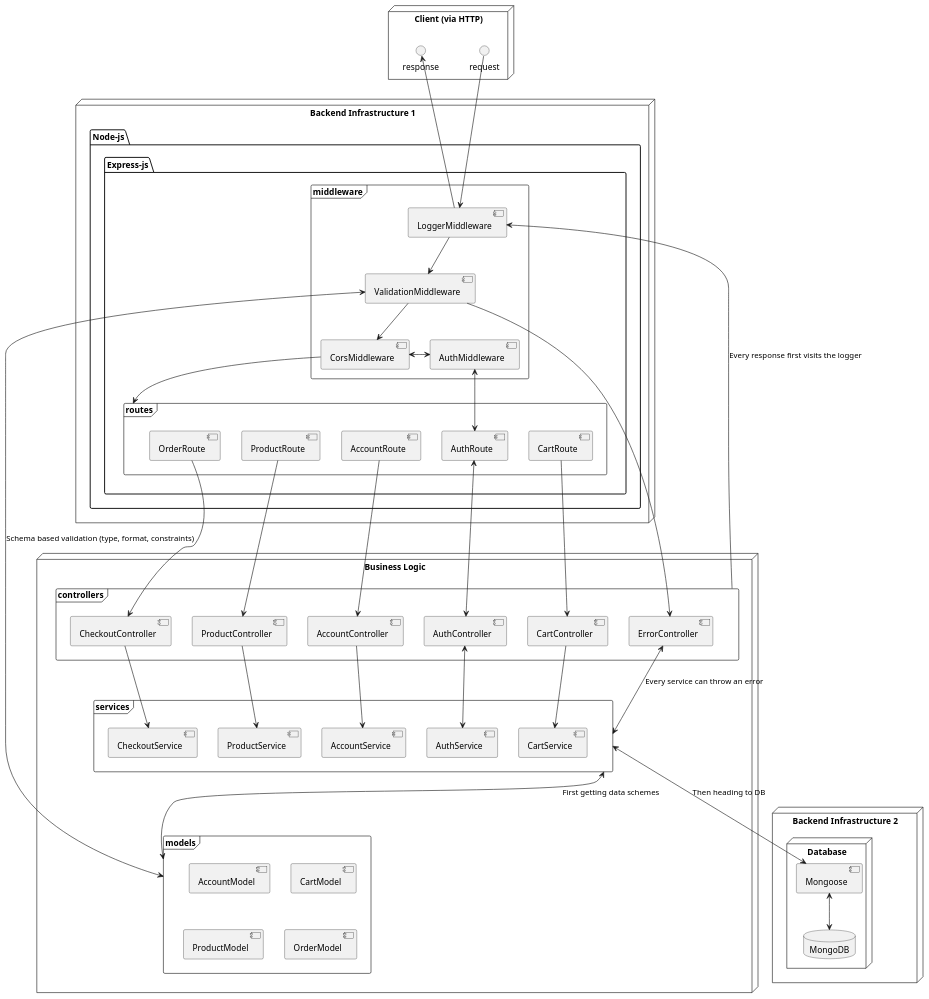
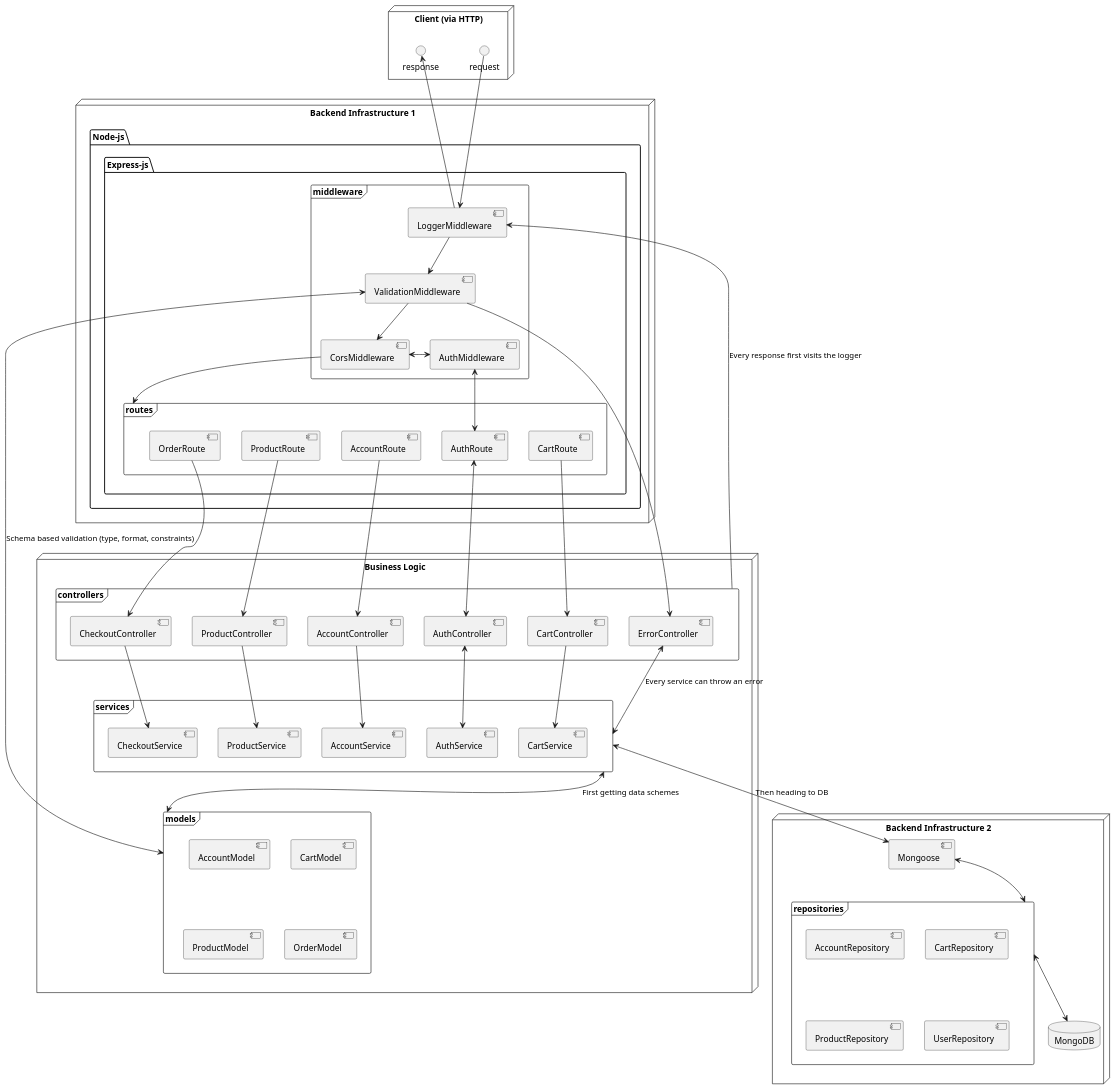
The diagram in documentation/ME(R)N Component Overview.puml (Matans844/e-commerce-backend), drawn with PlantUML before and after one commit.

Commit message:
Added persistence layer in architecture design document.

```diff
--- a/documentation/ME(R)N Component Overview.puml
+++ b/documentation/ME(R)N Component Overview.puml
@@ -1,120 +1,129 @@
 @startuml
 'https://plantuml.com/component-diagram
 
 node "Client (via HTTP)"{
     () request
     () response
 }
 
 
 node "Backend Infrastructure 1"{
     package "Node-js" {
 
         package "Express-js" {
             frame "middleware"{
                 [AuthMiddleware]
                 [CorsMiddleware]
                 [LoggerMiddleware]
                 [ValidationMiddleware]
             }
 
             frame "routes"{
                 [AccountRoute]
                 [AuthRoute]
                 [CartRoute]
                 [OrderRoute]
                 [ProductRoute]
             }
         }
     }
 }
 
 node "Business Logic"{
 
     frame "controllers"{
         [ErrorController]
         [AccountController]
         [AuthController]
         [CartController]
         [ProductController]
         [CheckoutController]
     }
 
     frame "services"{
         [AccountService]
         [AuthService]
         [CartService]
         [ProductService]
         [CheckoutService]
     }
 
     frame "models"{
         [AccountModel]
         [CartModel]
         [ProductModel]
         [OrderModel]
     }
 }
 
 node "Backend Infrastructure 2"{
-    node "Database"{
-        [Mongoose]
-        database "MongoDB" {
+    [Mongoose]
 
-        }
+    frame "repositories"{
+        [AccountRepository]
+        [CartRepository]
+        [ProductRepository]
+        [UserRepository]
     }
+
+    database "MongoDB" {
+
+    }
+
 }
 
 request -down-> [LoggerMiddleware]
 [LoggerMiddleware] -up-> response
 [LoggerMiddleware] -down-> [ValidationMiddleware]
 [ValidationMiddleware] --> [ErrorController]
 
 [ValidationMiddleware] --> [CorsMiddleware]
 [ValidationMiddleware] <--> "models" : Schema based validation (type, format, constraints)
 [CorsMiddleware] <-right-> [AuthMiddleware]
 [CorsMiddleware] -down-> "routes"
 
 [AuthMiddleware] <--> [AuthRoute]
 [AuthRoute] <--> [AuthController]
 [AuthController] <--> [AuthService]
 
 [AccountRoute] -down-> [AccountController]
 [CartRoute] -down-> [CartController]
 [OrderRoute] -down-> [CheckoutController]
 [ProductRoute] -down-> [ProductController]
 
 [AccountController] --> [AccountService]
 [CartController] --> [CartService]
 [ProductController] --> [ProductService]
 [CheckoutController] --> [CheckoutService]
+"controllers" --> [LoggerMiddleware] : Every response first visits the logger
+
 
 "services" <--> "models" : First getting data schemes
 "services" <--> [ErrorController] : Every service can throw an error
 "services" <--> [Mongoose] : Then heading to DB
-[Mongoose] <--> "MongoDB"
-"controllers" --> [LoggerMiddleware] : Every response first visits the logger
+[Mongoose] <-down-> "repositories"
+"repositories" <-down-> "MongoDB"
 
 
 
 
 
 
 
 
 
 
 
 
 
 
 
 
 
 
 
 
 
 
 
 @enduml
```
